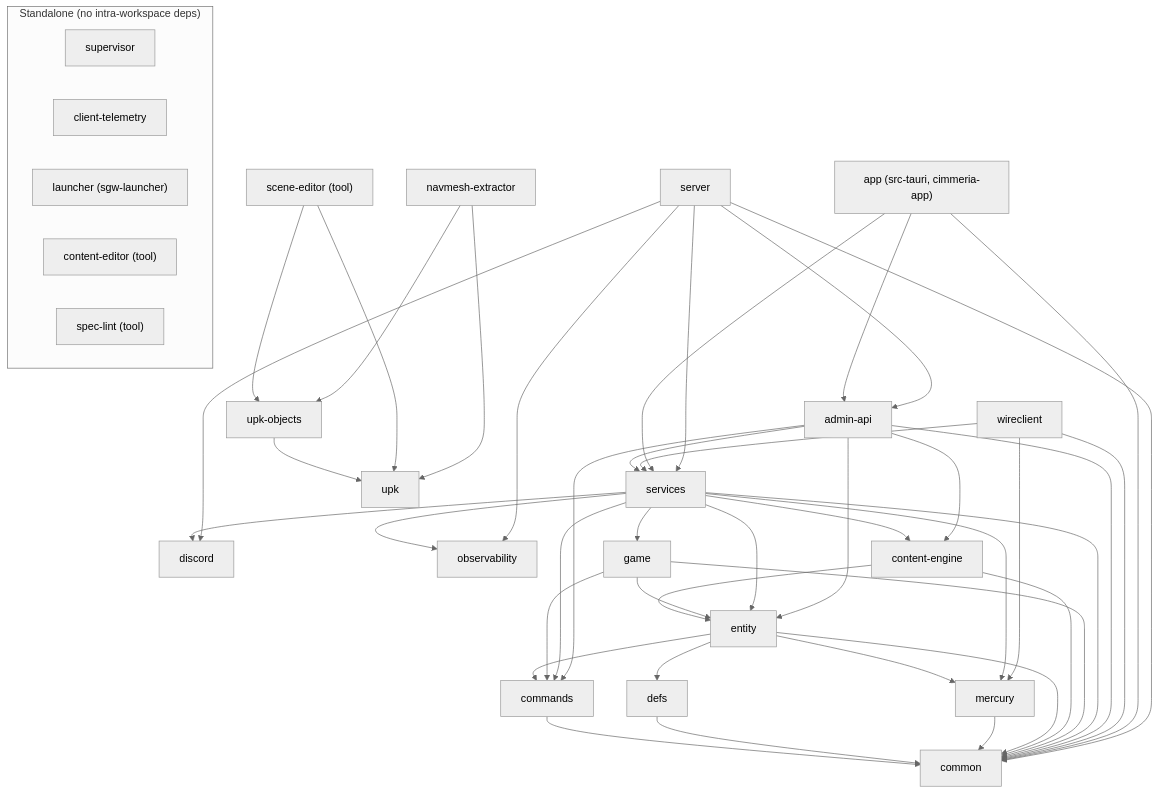
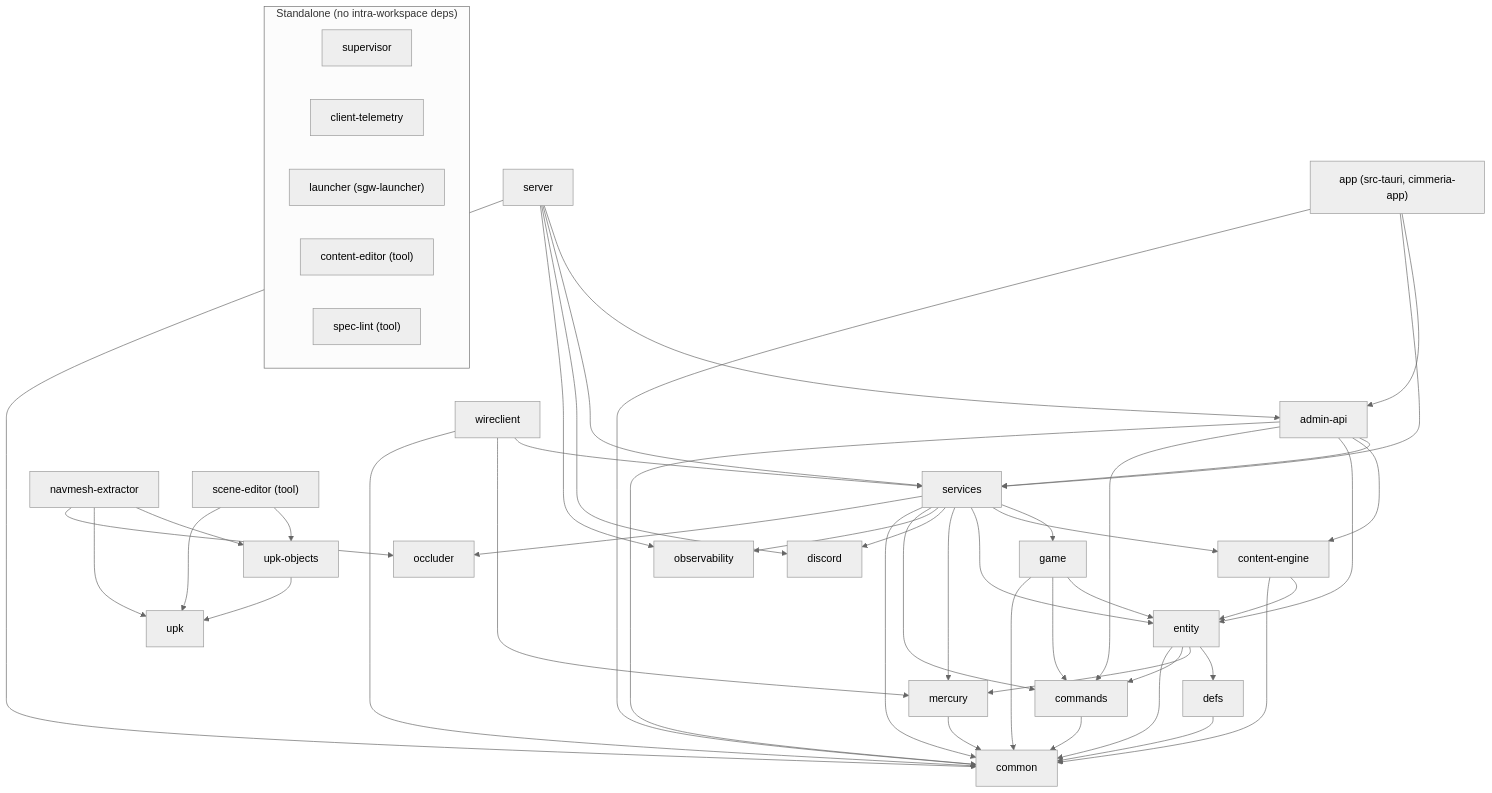
The diagram in crates/README.md (SandboxServers/Cimmeria), drawn with Mermaid before and after one commit. The commit also changed other lines of this file and 78 other files, not shown here.

````diff
--- a/crates/README.md
+++ b/crates/README.md
@@ -16,61 +16,63 @@
 ```mermaid
 %%{init: {"flowchart": {"htmlLabels": false}, "theme": "neutral"}}%%
 flowchart TD
     %% entry points / binaries
     server --> adminApi["admin-api"]
     server --> services
     server --> discord
     server --> observability
     server --> common
     app["app (src-tauri, cimmeria-app)"] --> adminApi
     app --> services
     app --> common
     wireclient --> services
     wireclient --> mercury
     wireclient --> common
 
     %% service + domain layer
     adminApi --> services
     adminApi --> contentEngine["content-engine"]
     adminApi --> entity
     adminApi --> commands
     adminApi --> common
     services --> game
     services --> contentEngine
     services --> entity
     services --> mercury
     services --> discord
     services --> observability
     services --> commands
     services --> common
     game --> entity
     game --> commands
     game --> common
     contentEngine --> entity
     contentEngine --> common
     entity --> defs
     entity --> mercury
     entity --> commands
     entity --> common
 
     %% foundation
     mercury --> common
     defs --> common
     commands --> common
 
     %% UPK / navmesh toolchain (independent of the server spine)
     navmeshExtractor["navmesh-extractor"] --> upkObjects["upk-objects"]
     navmeshExtractor --> upk
+    navmeshExtractor --> occluder
+    services --> occluder
     sceneEditor["scene-editor (tool)"] --> upkObjects
     sceneEditor --> upk
     upkObjects --> upk
 
     %% standalone crates with no intra-workspace dependencies
     subgraph standalone["Standalone (no intra-workspace deps)"]
         supervisor
         clientTelemetry["client-telemetry"]
         launcher["launcher (sgw-launcher)"]
         contentEditor["content-editor (tool)"]
         specLint["spec-lint (tool)"]
     end
 ```
````
